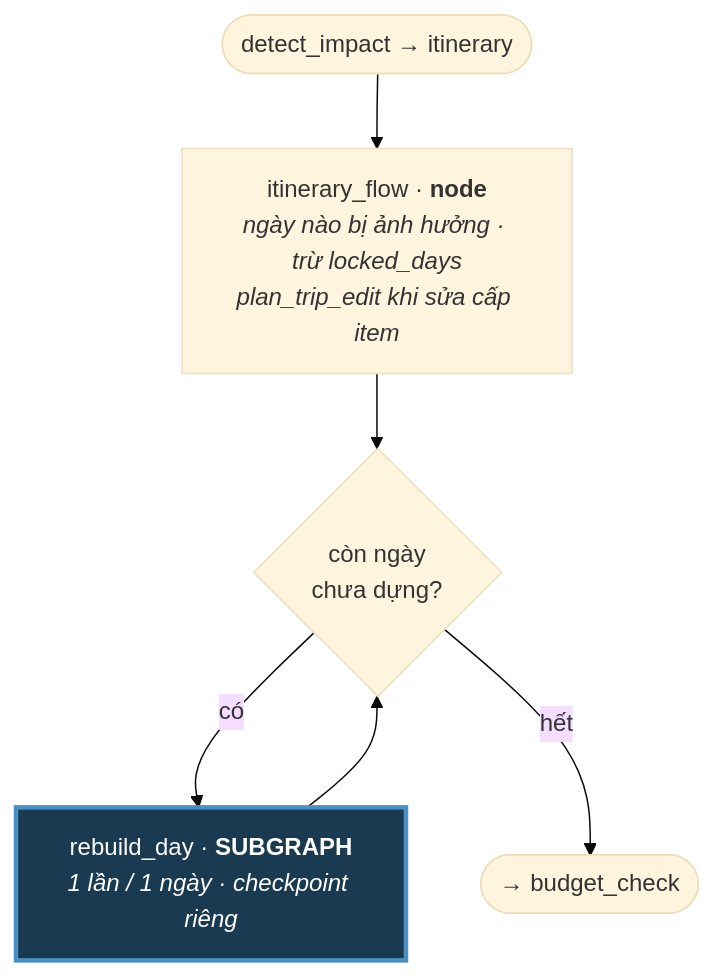
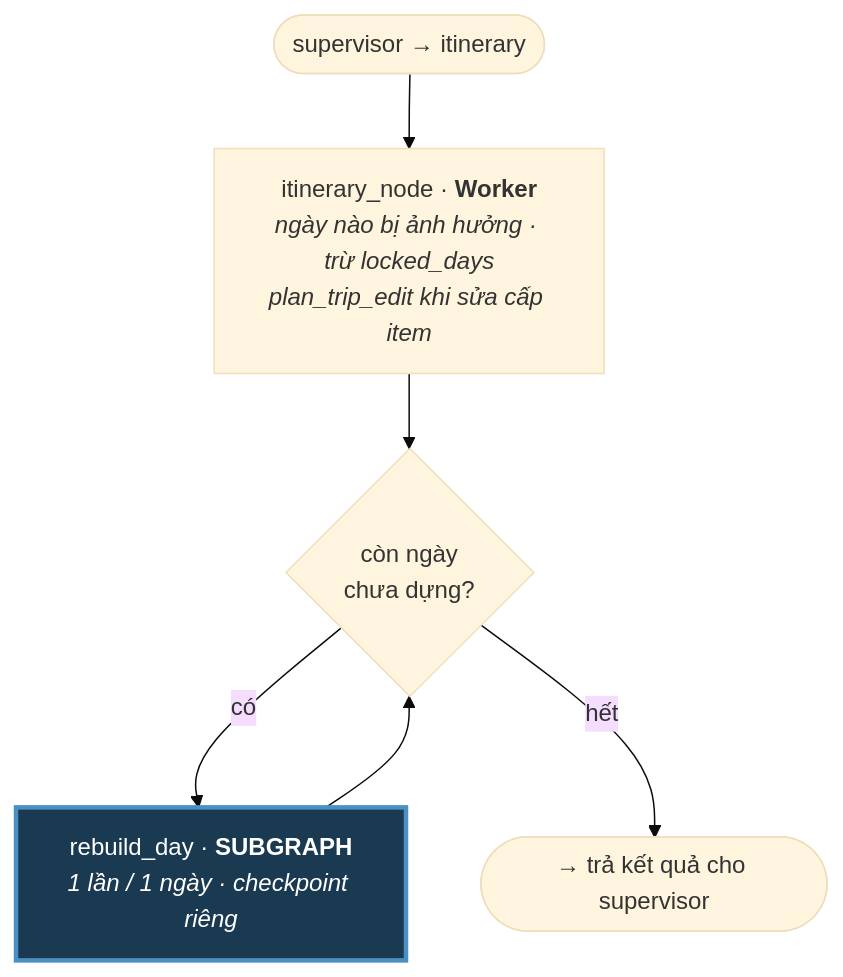
One commit to 0infinitive0/VSF-Intern-project changed the diagram in plans/260812-0927-langgraph-orchestration-state-patch-and-interrupts/phase-09-itinerary-flow.md. Above: the diagram before and after it, drawn with Mermaid (base theme). The commit also changed other lines of this file and 8 other files, not shown here.

Commit message:
Refactor orchestration architecture: replace flow nodes with dedicated worker nodes

````diff
--- a/plans/260812-0927-langgraph-orchestration-state-patch-and-interrupts/phase-09-itinerary-flow.md
+++ b/plans/260812-0927-langgraph-orchestration-state-patch-and-interrupts/phase-09-itinerary-flow.md
@@ -61,11 +62,11 @@
 ```mermaid
 flowchart TD
-    IN(["detect_impact → itinerary"]) --> IF["itinerary_flow · <b>node</b><br/><i>ngày nào bị ảnh hưởng · trừ locked_days<br/>plan_trip_edit khi sửa cấp item</i>"]
+    IN(["supervisor → itinerary"]) --> IF["itinerary_node · <b>Worker</b><br/><i>ngày nào bị ảnh hưởng · trừ locked_days<br/>plan_trip_edit khi sửa cấp item</i>"]
     IF --> LOOP{"còn ngày<br/>chưa dựng?"}
     LOOP -->|có| RD["rebuild_day · <b>SUBGRAPH</b><br/><i>1 lần / 1 ngày · checkpoint riêng</i>"]
     RD --> LOOP
-    LOOP -->|hết| OUT(["→ budget_check"])
+    LOOP -->|hết| OUT(["→ trả kết quả cho supervisor"])
 
     class RD sub
     classDef sub fill:#1a3a52,stroke:#4a90c2,stroke-width:3px,color:#fff
 ```
````
